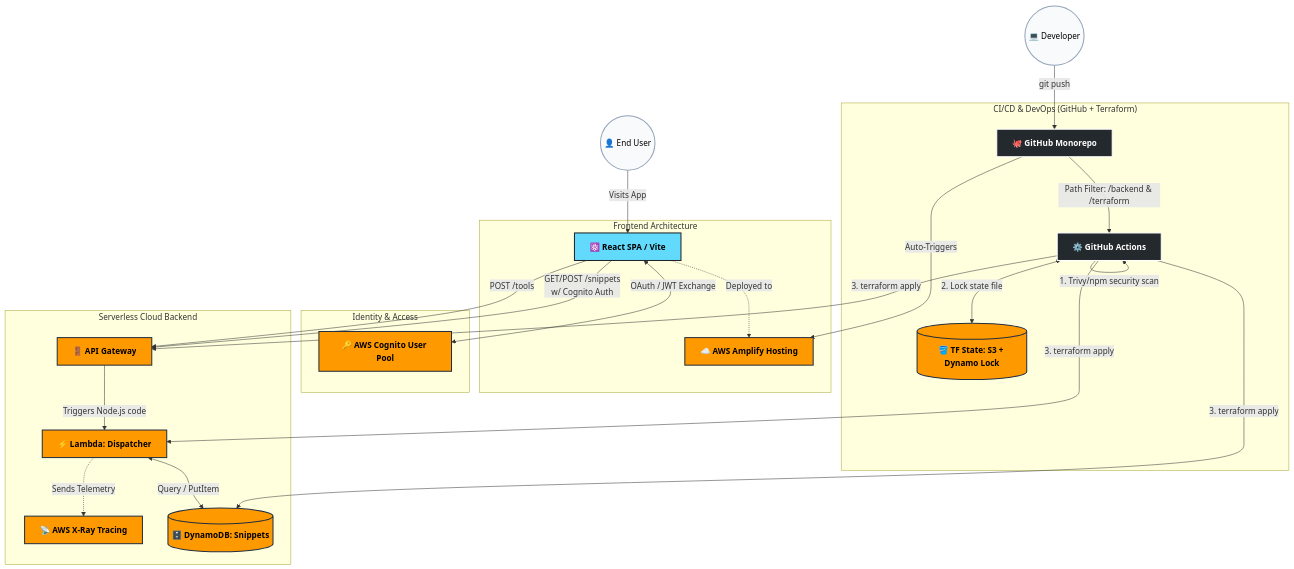
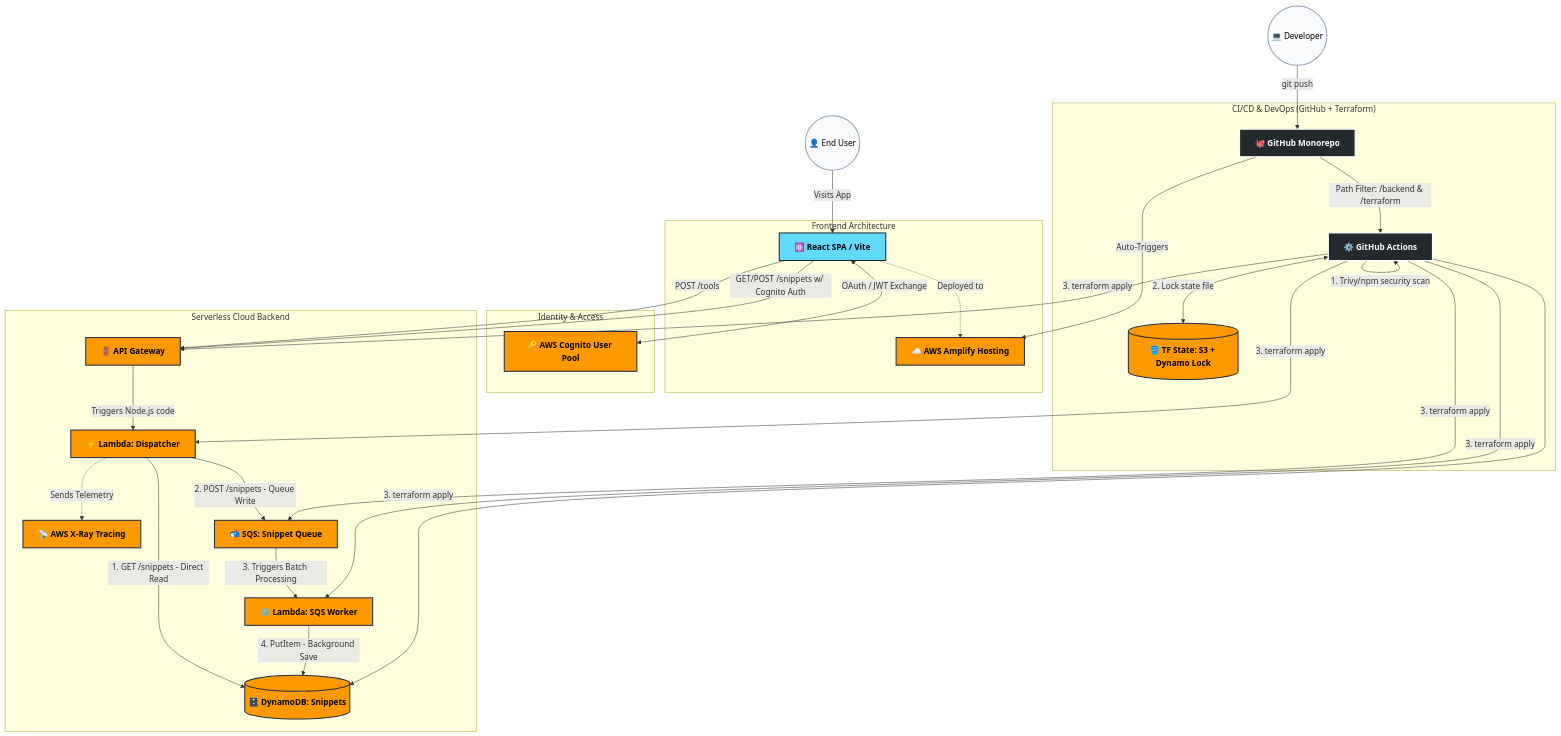
Before and after one commit to TudorCMarian/cloud-computing-infra: the diagram in README.md, drawn with Mermaid.

Commit message:
update: Update the diagram to reflect SQS

````diff
--- a/README.md
+++ b/README.md
@@ -1,54 +1,64 @@
 ```mermaid
 graph TD
     %% Define global styling
     classDef aws fill:#FF9900,stroke:#232F3E,stroke-width:2px,color:black,font-weight:bold;
     classDef git fill:#24292e,stroke:#ffffff,stroke-width:2px,color:white,font-weight:bold;
     classDef react fill:#61DAFB,stroke:#20232A,stroke-width:2px,color:black,font-weight:bold;
     classDef actor fill:#f8fafc,stroke:#94a3b8,stroke-width:2px,color:black;
 
     User((👤 End User)):::actor
     Dev((💻 Developer)):::actor
 
     subgraph "Frontend Architecture"
         UI[⚛️ React SPA / Vite]:::react
         Amplify[☁️ AWS Amplify Hosting]:::aws
         UI -.->|Deployed to| Amplify
     end
 
     subgraph "Identity & Access"
         Cognito[🔑 AWS Cognito User Pool]:::aws
     end
 
     subgraph "Serverless Cloud Backend"
         API[🚪 API Gateway]:::aws
         Lambda[⚡ Lambda: Dispatcher]:::aws
         XRay[📡 AWS X-Ray Tracing]:::aws
+        SQS[📬 SQS: Snippet Queue]:::aws
+        Worker[⚙️ Lambda: SQS Worker]:::aws
         DB[(🗄️ DynamoDB: Snippets)]:::aws
     end
 
     subgraph "CI/CD & DevOps (GitHub + Terraform)"
         Repo[🐙 GitHub Monorepo]:::git
         GHA[⚙️ GitHub Actions]:::git
         TFState[(🪣 TF State: S3 + Dynamo Lock)]:::aws
     end
 
     %% --- User Application Flow ---
     User -->|Visits App| UI
     UI <-->|OAuth / JWT Exchange| Cognito
     UI -->|POST /tools| API
-    UI -->|GET/POST /snippets <br> w/ Cognito Auth| API
+    UI -->|GET/POST /snippets w/ Cognito Auth| API
+
     API -->|Triggers Node.js code| Lambda
     Lambda -.->|Sends Telemetry| XRay
-    Lambda <-->|Query / PutItem| DB
+
+    %% --- The Decoupled Data Flow ---
+    Lambda -->|1. GET /snippets - Direct Read| DB
+    Lambda -->|2. POST /snippets - Queue Write| SQS
+    SQS -->|3. Triggers Batch Processing| Worker
+    Worker -->|4. PutItem - Background Save| DB
 
     %% --- Developer CI/CD Flow ---
     Dev -->|git push| Repo
     Repo -->|Auto-Triggers| Amplify
     Repo -->|Path Filter: /backend & /terraform| GHA
 
     GHA -->|1. Trivy/npm security scan| GHA
     GHA <-->|2. Lock state file| TFState
     GHA -->|3. terraform apply| API
     GHA -->|3. terraform apply| Lambda
+    GHA -->|3. terraform apply| SQS
+    GHA -->|3. terraform apply| Worker
     GHA -->|3. terraform apply| DB
 ```
````
